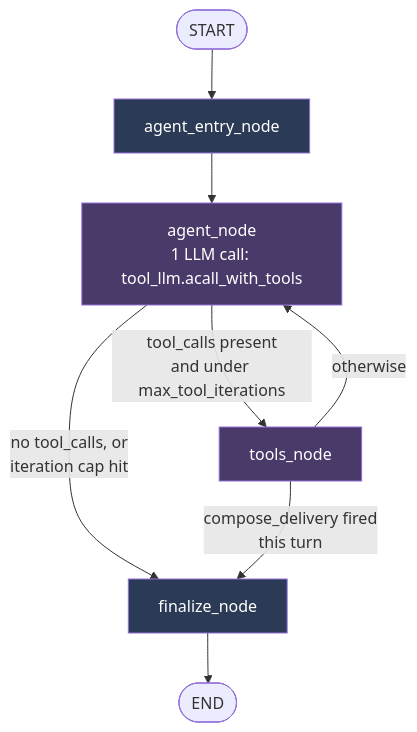
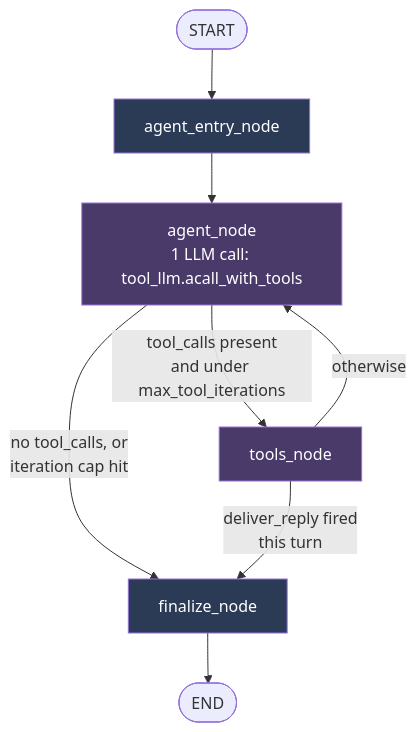
One commit to manuelmarting/hr-training-agentic-system changed the second of 3 diagrams in docs/AGENT_WORKFLOW.md. Above: the diagram before and after it, drawn with Mermaid. The commit also changed other lines of this file and 71 other files, not shown here.

````diff
--- a/docs/AGENT_WORKFLOW.md
+++ b/docs/AGENT_WORKFLOW.md
@@ -33,15 +33,15 @@
 ```mermaid
 flowchart TD
     START([START]) --> ENTRY[agent_entry_node]
     ENTRY --> AGENT[agent_node<br/>1 LLM call: tool_llm.acall_with_tools]
     AGENT -->|tool_calls present<br/>and under max_tool_iterations| TOOLS[tools_node]
     AGENT -->|no tool_calls, or<br/>iteration cap hit| FINALIZE[finalize_node]
-    TOOLS -->|compose_delivery fired<br/>this turn| FINALIZE
+    TOOLS -->|deliver_reply fired<br/>this turn| FINALIZE
     TOOLS -->|otherwise| AGENT
     FINALIZE --> END([END])
 
     style ENTRY fill:#2b3a55,color:#fff
     style AGENT fill:#4a3a6a,color:#fff
     style TOOLS fill:#4a3a6a,color:#fff
     style FINALIZE fill:#2b3a55,color:#fff
 ```
````
